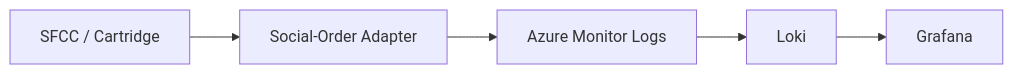
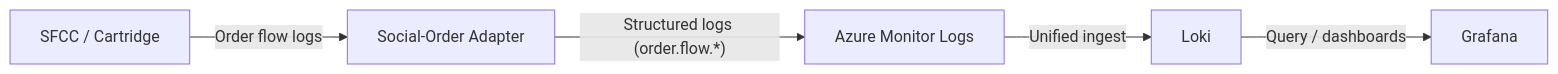
Before and after one commit to alienfacepalm/columbia-social-order-use-case: the eighth of 11 diagrams in presentation.md, drawn with Mermaid. The commit also changed other lines of this file and 10 other files, not shown here.

First line of the commit message:
Speaker timer, layout, and diagram fixes

````diff
--- a/presentation.md
+++ b/presentation.md
@@ -294,7 +292,7 @@
 ```mermaid
 flowchart LR
-    SFCC["SFCC / Cartridge"] --> Adapter["Social-Order Adapter"]
-    Adapter --> AM["Azure Monitor Logs"]
-    AM --> Loki["Loki"]
-    Loki --> Grafana["Grafana"]
+    SFCC["SFCC / Cartridge"] -->|"Order flow logs"| Adapter["Social-Order Adapter"]
+    Adapter -->|"Structured logs (order.flow.*)"| AM["Azure Monitor Logs"]
+    AM -->|"Unified ingest"| Loki["Loki"]
+    Loki -->|"Query / dashboards"| Grafana["Grafana"]
 ```
````
